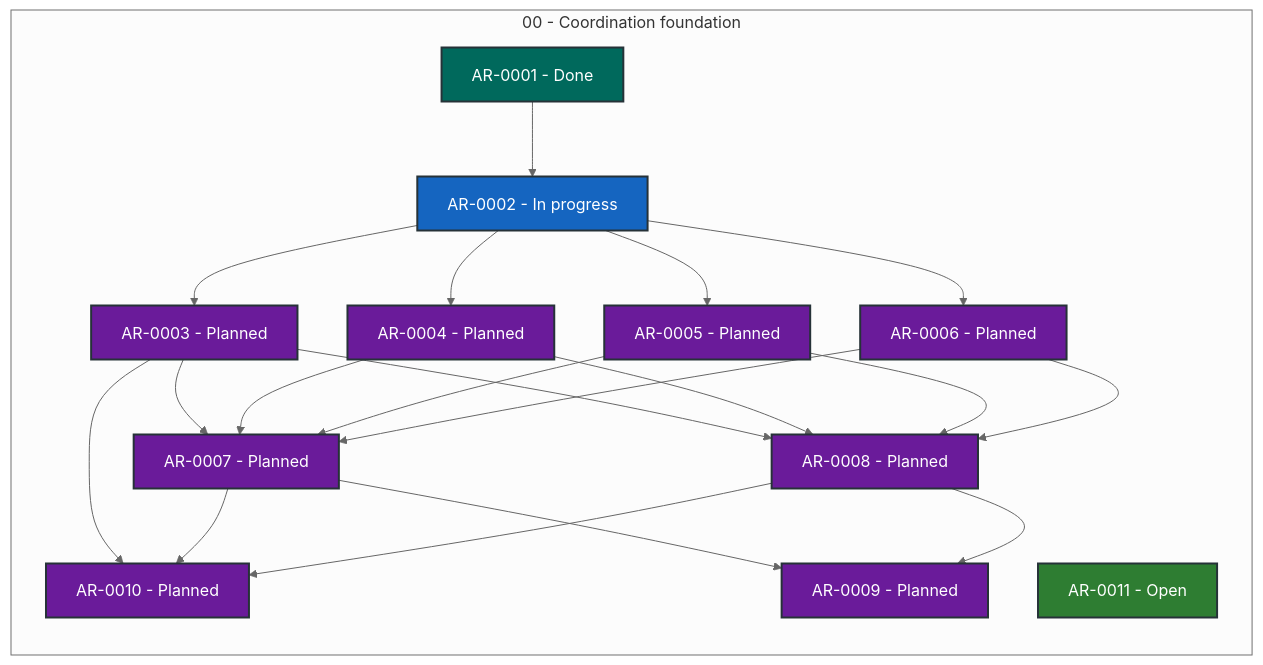
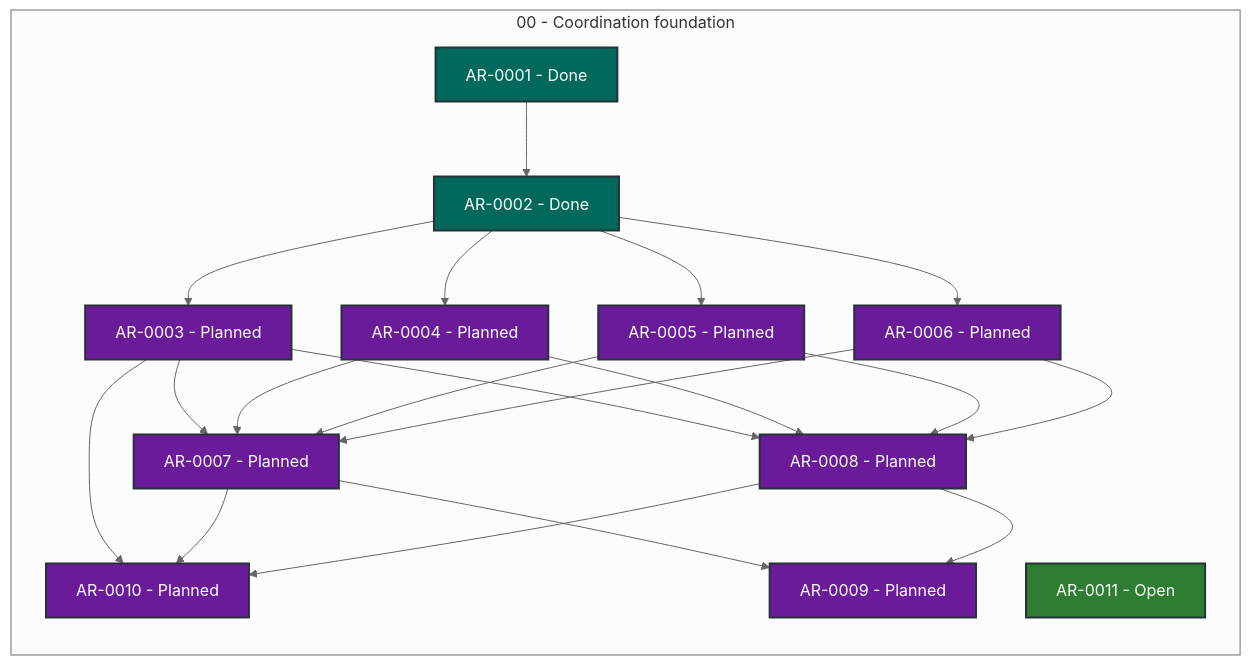
One commit to martin-beck/agent-workflow-coordinator-state changed the diagram in STATUS.md. Above: the diagram before and after it, drawn with Mermaid (neutral theme). The commit also changed other lines of this file and 2 other files, not shown here.

````diff
--- a/STATUS.md
+++ b/STATUS.md
@@ -27,43 +27,43 @@
 ```mermaid
 flowchart LR
     subgraph series_00["00 - Coordination foundation"]
         direction TB
         AR_0001["AR-0001 - Done"]:::status_done
-        AR_0002["AR-0002 - In progress"]:::status_in_progress
+        AR_0002["AR-0002 - Done"]:::status_done
         AR_0003["AR-0003 - Planned"]:::status_planned
         AR_0004["AR-0004 - Planned"]:::status_planned
         AR_0005["AR-0005 - Planned"]:::status_planned
         AR_0006["AR-0006 - Planned"]:::status_planned
         AR_0007["AR-0007 - Planned"]:::status_planned
         AR_0008["AR-0008 - Planned"]:::status_planned
         AR_0009["AR-0009 - Planned"]:::status_planned
         AR_0010["AR-0010 - Planned"]:::status_planned
         AR_0011["AR-0011 - Open"]:::status_open
     end
     AR_0001 --> AR_0002
     AR_0002 --> AR_0003
     AR_0002 --> AR_0004
     AR_0002 --> AR_0005
     AR_0002 --> AR_0006
     AR_0003 --> AR_0007
     AR_0003 --> AR_0008
     AR_0003 --> AR_0010
     AR_0004 --> AR_0007
     AR_0004 --> AR_0008
     AR_0005 --> AR_0007
     AR_0005 --> AR_0008
     AR_0006 --> AR_0007
     AR_0006 --> AR_0008
     AR_0007 --> AR_0009
     AR_0007 --> AR_0010
     AR_0008 --> AR_0009
     AR_0008 --> AR_0010
     classDef status_in_progress fill:#1565c0,color:#ffffff,stroke:#263238,stroke-width:2px
     classDef status_open fill:#2e7d32,color:#ffffff,stroke:#263238,stroke-width:2px
     classDef status_blocked fill:#c62828,color:#ffffff,stroke:#263238,stroke-width:2px
     classDef status_planned fill:#6a1b9a,color:#ffffff,stroke:#263238,stroke-width:2px
     classDef status_future fill:#455a64,color:#ffffff,stroke:#263238,stroke-width:2px
     classDef status_done fill:#00695c,color:#ffffff,stroke:#263238,stroke-width:2px
     classDef status_cancelled fill:#616161,color:#ffffff,stroke:#263238,stroke-width:2px
     classDef status_superseded fill:#5d4037,color:#ffffff,stroke:#263238,stroke-width:2px
 ```
````
